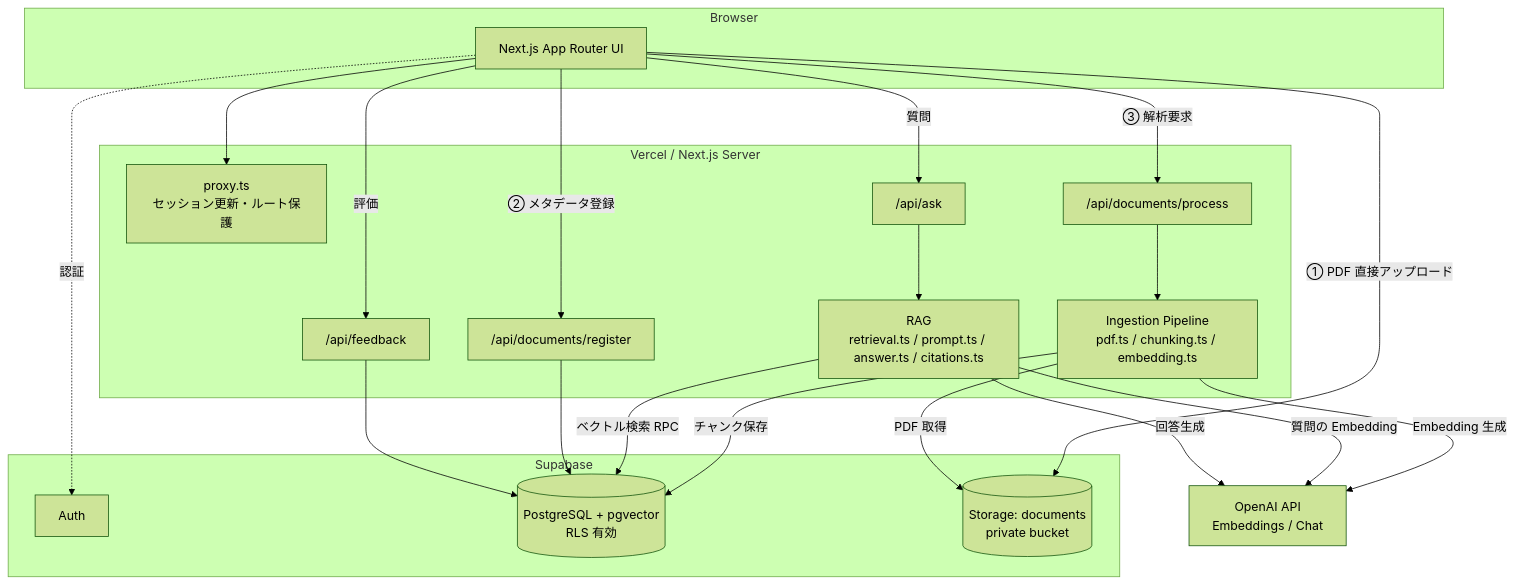
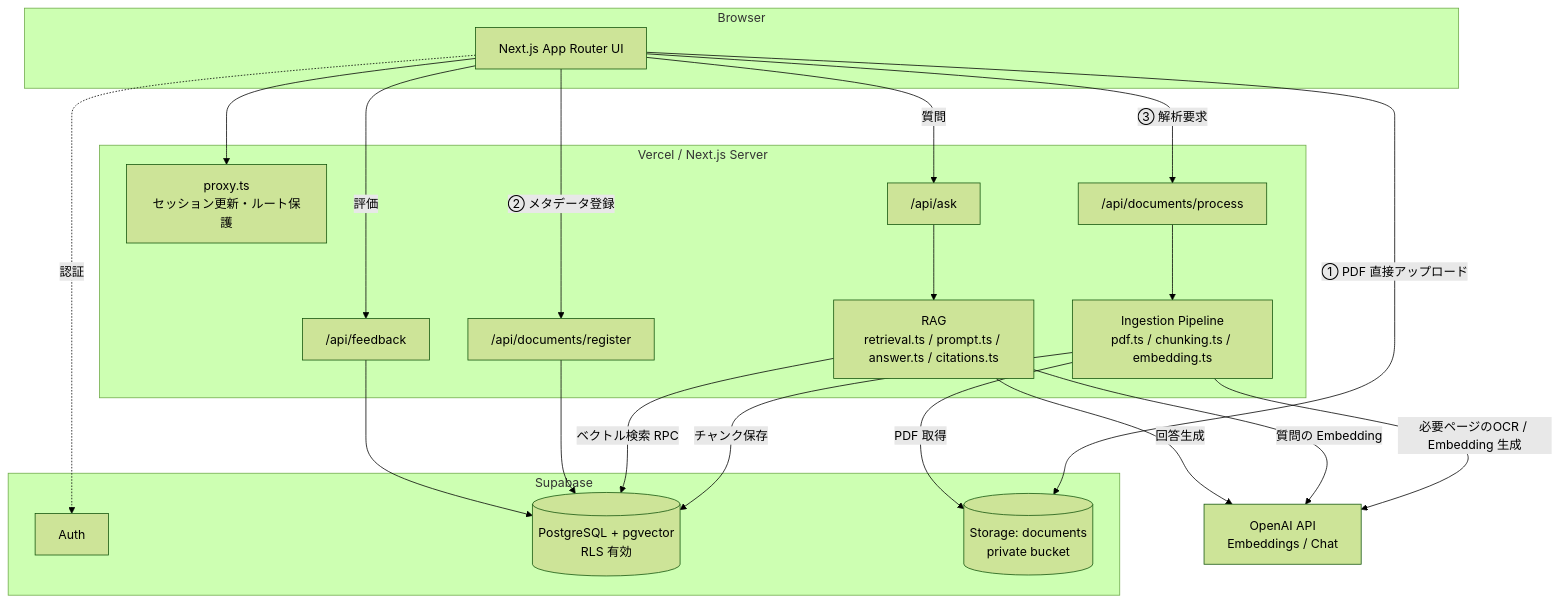
The first of 3 diagrams in README.md (aicmode/enterprise-rag-knowledge-ai), drawn with Mermaid (forest theme) before and after one commit. The commit also changed other lines of this file and 29 other files, not shown here.

````diff
--- a/README.md
+++ b/README.md
@@ -118,45 +121,45 @@
 ```mermaid
 graph TB
     subgraph Browser
         UI[Next.js App Router UI]
     end
 
     subgraph Vercel["Vercel / Next.js Server"]
         MW[proxy.ts<br/>セッション更新・ルート保護]
         API_REG["/api/documents/register"]
         API_PROC["/api/documents/process"]
         API_ASK["/api/ask"]
         API_FB["/api/feedback"]
         PIPE[Ingestion Pipeline<br/>pdf.ts / chunking.ts / embedding.ts]
         RAG[RAG<br/>retrieval.ts / prompt.ts / answer.ts / citations.ts]
     end
 
     subgraph Supabase
         AUTH[Auth]
         DB[(PostgreSQL + pgvector<br/>RLS 有効)]
         ST[(Storage: documents<br/>private bucket)]
     end
 
     OPENAI[OpenAI API<br/>Embeddings / Chat]
 
     UI -->|"① PDF 直接アップロード"| ST
     UI -->|"② メタデータ登録"| API_REG
     UI -->|"③ 解析要求"| API_PROC
     UI -->|"質問"| API_ASK
     UI -->|"評価"| API_FB
 
     UI -.認証.-> AUTH
     UI --> MW
 
     API_PROC --> PIPE
     PIPE -->|"PDF 取得"| ST
-    PIPE -->|"Embedding 生成"| OPENAI
+    PIPE -->|"必要ページのOCR / Embedding 生成"| OPENAI
     PIPE -->|"チャンク保存"| DB
 
     API_ASK --> RAG
     RAG -->|"質問の Embedding"| OPENAI
     RAG -->|"ベクトル検索 RPC"| DB
     RAG -->|"回答生成"| OPENAI
     API_REG --> DB
     API_FB --> DB
 ```
````
